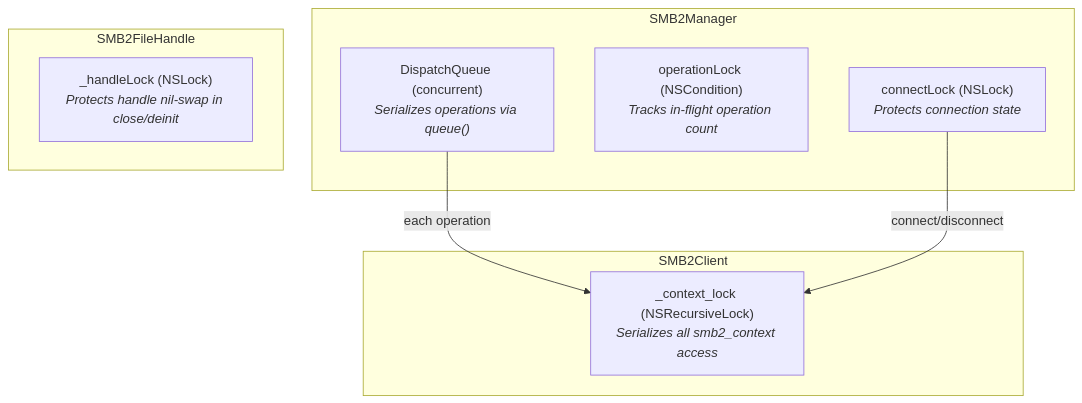
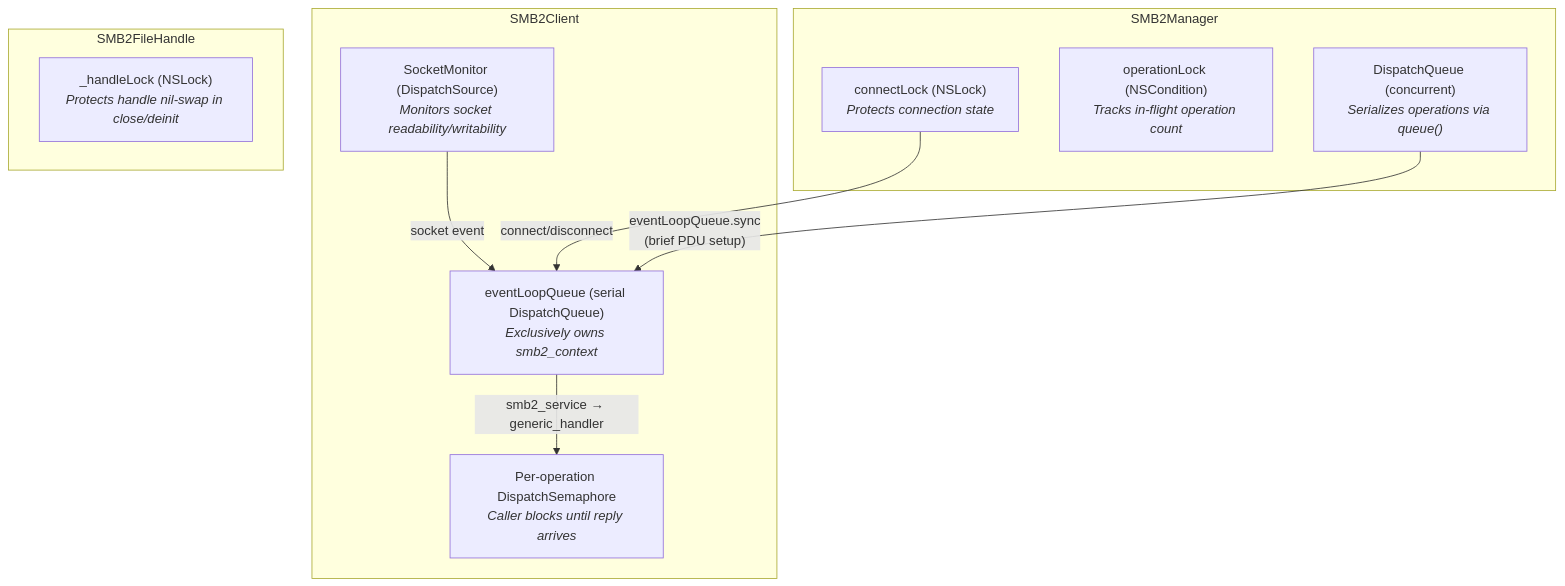
Before and after one commit to simplekube-ro/AMSMB2: the fourth of 6 diagrams in docs/ARCHITECTURE.md, drawn with Mermaid. The commit also changed other lines of this file and 2 other files, not shown here.

First line of the commit message:
docs: update architecture, API reference, and README for event loop model

````diff
--- a/docs/ARCHITECTURE.md
+++ b/docs/ARCHITECTURE.md
@@ -108,19 +107,23 @@
 ```mermaid
 graph TB
     subgraph SMB2Manager
         CL["connectLock (NSLock)<br/><i>Protects connection state</i>"]
         OL["operationLock (NSCondition)<br/><i>Tracks in-flight operation count</i>"]
         DQ["DispatchQueue (concurrent)<br/><i>Serializes operations via queue()</i>"]
     end
 
     subgraph SMB2Client
-        CTX["_context_lock (NSRecursiveLock)<br/><i>Serializes all smb2_context access</i>"]
+        ELQ["eventLoopQueue (serial DispatchQueue)<br/><i>Exclusively owns smb2_context</i>"]
+        SM["SocketMonitor (DispatchSource)<br/><i>Monitors socket readability/writability</i>"]
+        SEM["Per-operation DispatchSemaphore<br/><i>Caller blocks until reply arrives</i>"]
     end
 
     subgraph SMB2FileHandle
         HL["_handleLock (NSLock)<br/><i>Protects handle nil-swap in close/deinit</i>"]
     end
 
-    DQ -->|"each operation"| CTX
-    CL -->|"connect/disconnect"| CTX
+    DQ -->|"eventLoopQueue.sync<br/>(brief PDU setup)"| ELQ
+    SM -->|"socket event"| ELQ
+    ELQ -->|"smb2_service → generic_handler"| SEM
+    CL -->|"connect/disconnect"| ELQ
 ```
````
